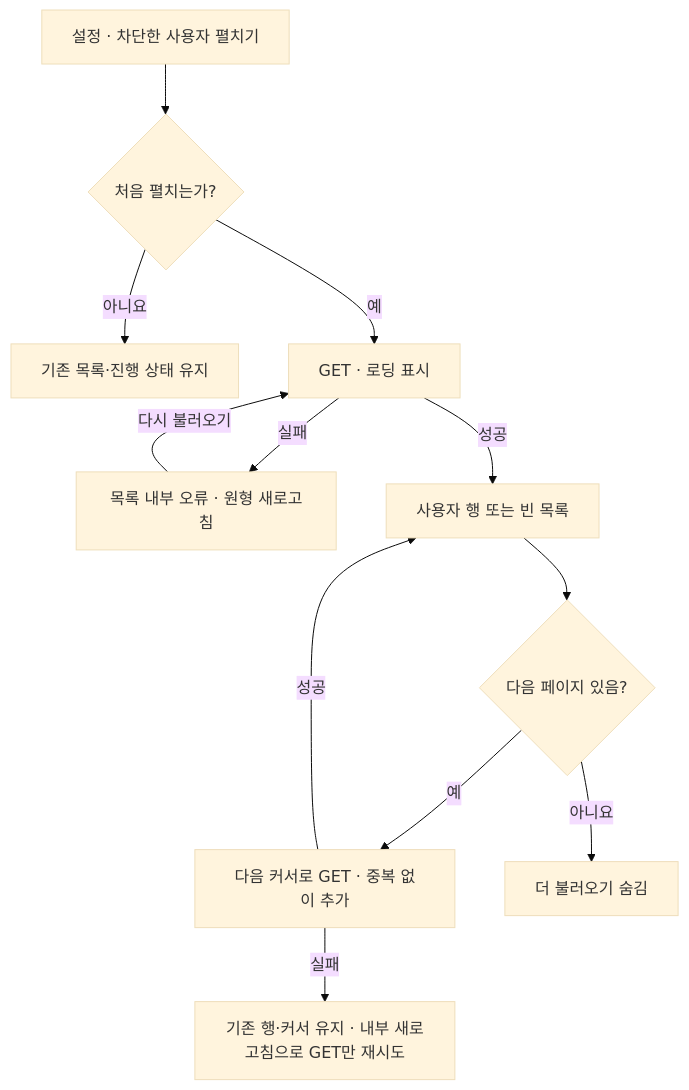
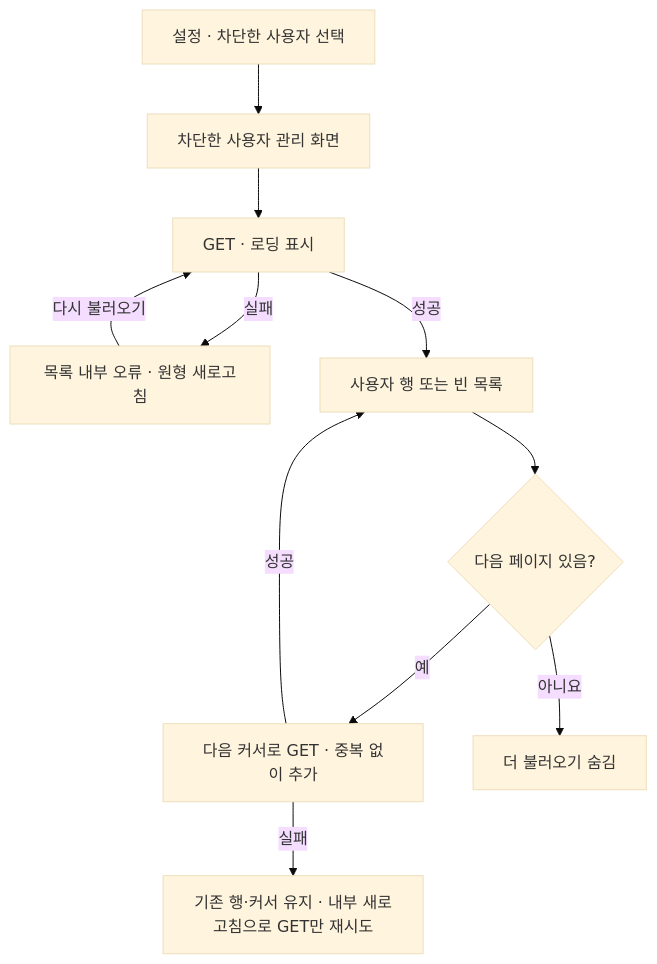
The fifth of 6 diagrams in frontend/web/docs/user-blocking-scenarios.md (woowacourse-teams/2026-Harudle), drawn with Mermaid (base theme) before and after one commit. The commit also changed other lines of this file and 33 other files, not shown here.

````diff
--- a/frontend/web/docs/user-blocking-scenarios.md
+++ b/frontend/web/docs/user-blocking-scenarios.md
@@ -90,14 +88,13 @@
 ```mermaid
 flowchart TD
-    OPEN["설정 · 차단한 사용자 펼치기"] --> FIRST{"처음 펼치는가?"}
-    FIRST -->|아니요| KEEP["기존 목록·진행 상태 유지"]
-    FIRST -->|예| GET["GET · 로딩 표시"]
+    OPEN["설정 · 차단한 사용자 선택"] --> PAGE["차단한 사용자 관리 화면"]
+    PAGE --> GET["GET · 로딩 표시"]
     GET -->|실패| ERROR["목록 내부 오류 · 원형 새로고침"]
     ERROR -->|다시 불러오기| GET
     GET -->|성공| LIST["사용자 행 또는 빈 목록"]
     LIST --> MORE{"다음 페이지 있음?"}
     MORE -->|예| NEXT["다음 커서로 GET · 중복 없이 추가"]
     NEXT -->|성공| LIST
     NEXT -->|실패| RETRY["기존 행·커서 유지 · 내부 새로고침으로 GET만 재시도"]
     MORE -->|아니요| ENDING["더 불러오기 숨김"]
 ```
````
